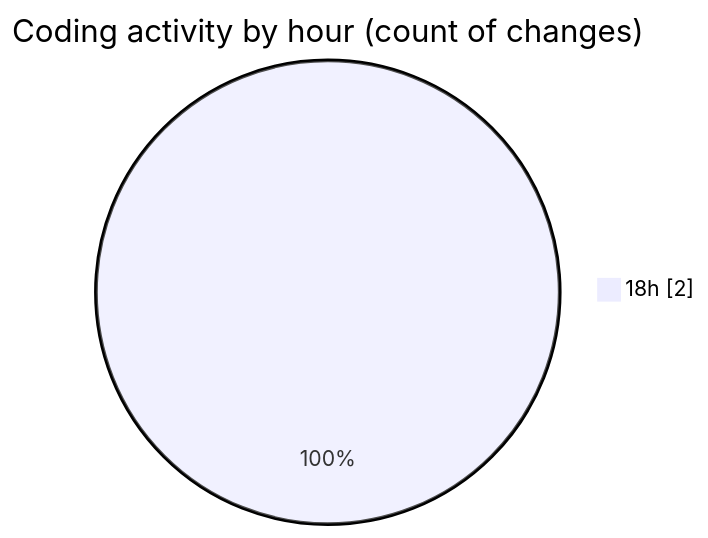
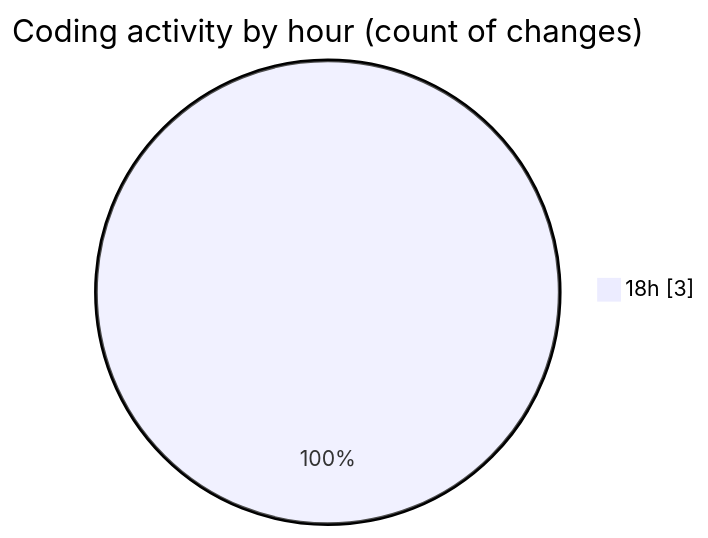
Before and after one commit to FelipKnott/code-tracking: the second of 2 diagrams in 2025-07-15/api/README.md, drawn with Mermaid. The commit also changed other lines of this file and 2 other files, not shown here.

````diff
--- a/2025-07-15/api/README.md
+++ b/2025-07-15/api/README.md
@@ -28,5 +28,5 @@
 ```mermaid
 pie showData
 title Coding activity by hour (count of changes)
-"18h" : 2
+"18h" : 3
 ```
````
